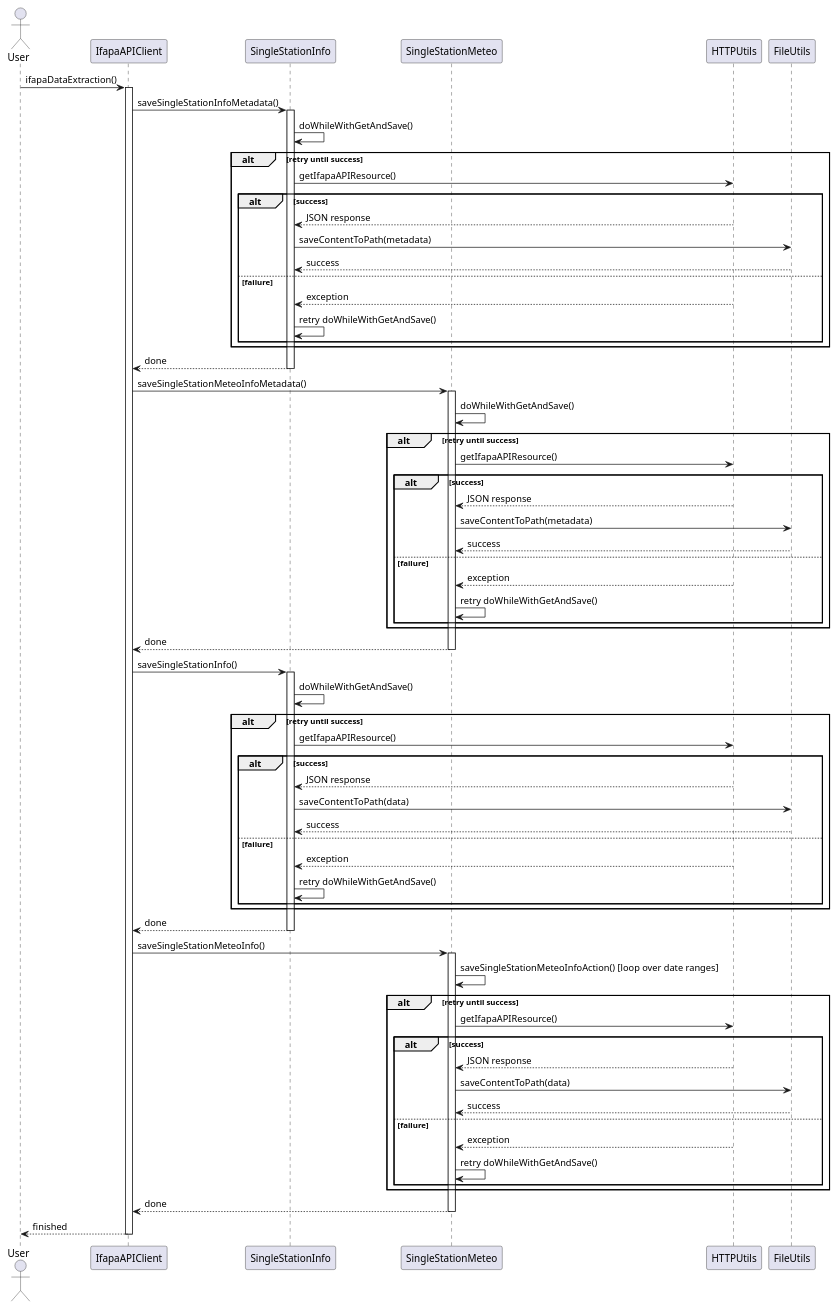
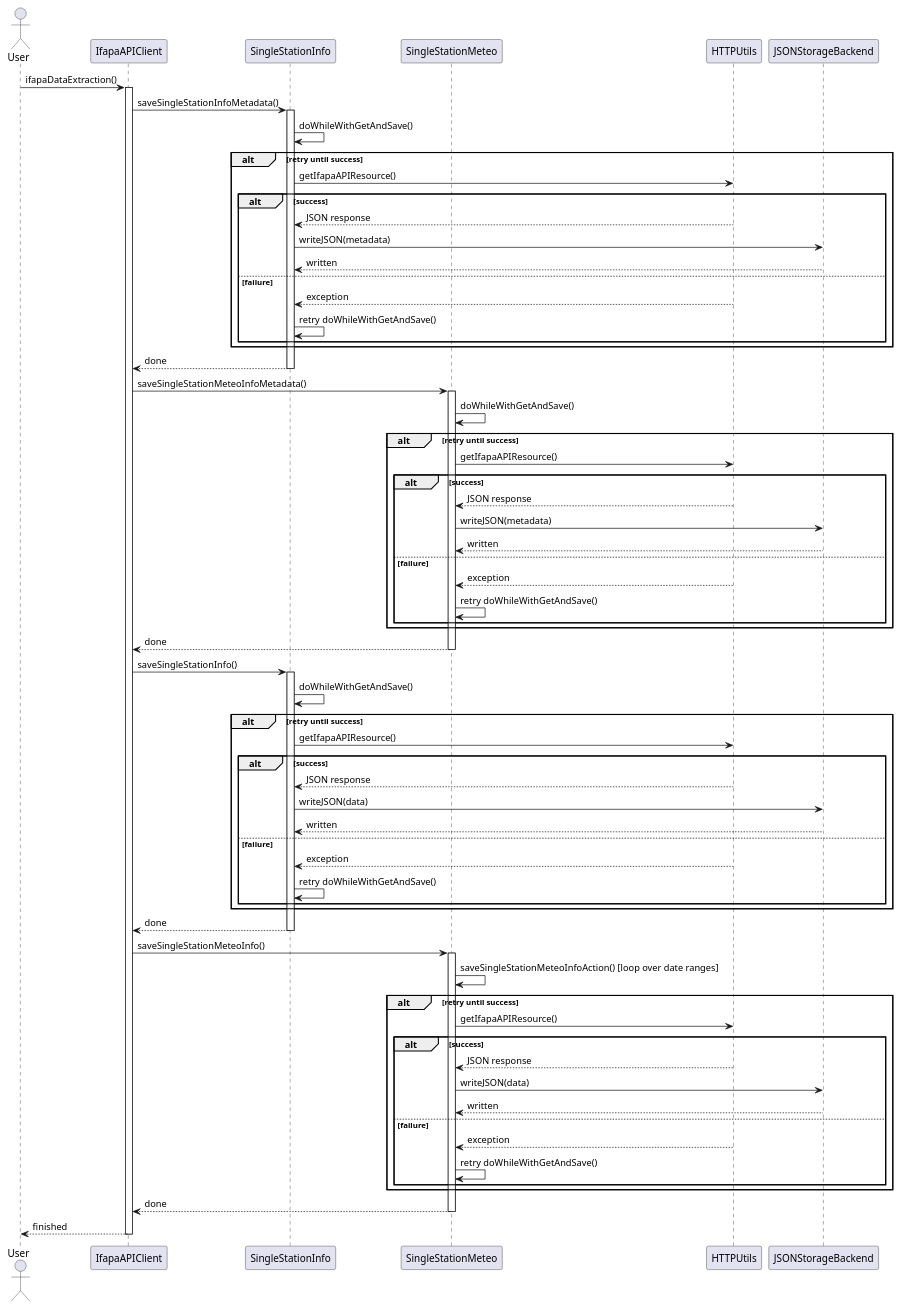
One commit to cfkr-dev/aemet_spark_study changed the diagram in big-data-core/documentation/plantuml/data_extraction/ifapa/data_extraction_execution.plantuml. Above: the diagram before and after it, drawn with PlantUML. The commit also changed 24 other files, not shown here.

Commit message:
Main projects diagrams refactor

```diff
--- a/big-data-core/documentation/plantuml/data_extraction/ifapa/data_extraction_execution.plantuml
+++ b/big-data-core/documentation/plantuml/data_extraction/ifapa/data_extraction_execution.plantuml
@@ -1,87 +1,87 @@
 @startuml
 actor User
 
 participant "IfapaAPIClient" as IFAPA_CLIENT
 participant "SingleStationInfo" as SINGLE_STATION_INFO
 participant "SingleStationMeteo" as SINGLE_STATION_METEO
 participant "HTTPUtils" as HTTP_UTILS
-participant "FileUtils" as FILE_UTILS
+participant "JSONStorageBackend" as JSON_STORAGE_BACKEND
 
 User -> IFAPA_CLIENT : ifapaDataExtraction()
 activate IFAPA_CLIENT
 
 '--- STATION METADATA ---
 IFAPA_CLIENT -> SINGLE_STATION_INFO : saveSingleStationInfoMetadata()
 activate SINGLE_STATION_INFO
 SINGLE_STATION_INFO -> SINGLE_STATION_INFO : doWhileWithGetAndSave()
 alt retry until success
     SINGLE_STATION_INFO -> HTTP_UTILS : getIfapaAPIResource()
     alt success
         HTTP_UTILS --> SINGLE_STATION_INFO : JSON response
-        SINGLE_STATION_INFO -> FILE_UTILS : saveContentToPath(metadata)
-        FILE_UTILS --> SINGLE_STATION_INFO : success
+        SINGLE_STATION_INFO -> JSON_STORAGE_BACKEND : writeJSON(metadata)
+        JSON_STORAGE_BACKEND --> SINGLE_STATION_INFO : written
     else failure
         HTTP_UTILS --> SINGLE_STATION_INFO : exception
         SINGLE_STATION_INFO -> SINGLE_STATION_INFO : retry doWhileWithGetAndSave()
     end
 end
 SINGLE_STATION_INFO --> IFAPA_CLIENT : done
 deactivate SINGLE_STATION_INFO
 
 '--- METEO METADATA ---
 IFAPA_CLIENT -> SINGLE_STATION_METEO : saveSingleStationMeteoInfoMetadata()
 activate SINGLE_STATION_METEO
 SINGLE_STATION_METEO -> SINGLE_STATION_METEO : doWhileWithGetAndSave()
 alt retry until success
     SINGLE_STATION_METEO -> HTTP_UTILS : getIfapaAPIResource()
     alt success
         HTTP_UTILS --> SINGLE_STATION_METEO : JSON response
-        SINGLE_STATION_METEO -> FILE_UTILS : saveContentToPath(metadata)
-        FILE_UTILS --> SINGLE_STATION_METEO : success
+        SINGLE_STATION_METEO -> JSON_STORAGE_BACKEND : writeJSON(metadata)
+        JSON_STORAGE_BACKEND --> SINGLE_STATION_METEO : written
     else failure
         HTTP_UTILS --> SINGLE_STATION_METEO : exception
         SINGLE_STATION_METEO -> SINGLE_STATION_METEO : retry doWhileWithGetAndSave()
     end
 end
 SINGLE_STATION_METEO --> IFAPA_CLIENT : done
 deactivate SINGLE_STATION_METEO
 
 '--- STATION DATA ---
 IFAPA_CLIENT -> SINGLE_STATION_INFO : saveSingleStationInfo()
 activate SINGLE_STATION_INFO
 SINGLE_STATION_INFO -> SINGLE_STATION_INFO : doWhileWithGetAndSave()
 alt retry until success
     SINGLE_STATION_INFO -> HTTP_UTILS : getIfapaAPIResource()
     alt success
         HTTP_UTILS --> SINGLE_STATION_INFO : JSON response
-        SINGLE_STATION_INFO -> FILE_UTILS : saveContentToPath(data)
-        FILE_UTILS --> SINGLE_STATION_INFO : success
+        SINGLE_STATION_INFO -> JSON_STORAGE_BACKEND : writeJSON(data)
+        JSON_STORAGE_BACKEND --> SINGLE_STATION_INFO : written
     else failure
         HTTP_UTILS --> SINGLE_STATION_INFO : exception
         SINGLE_STATION_INFO -> SINGLE_STATION_INFO : retry doWhileWithGetAndSave()
     end
 end
 SINGLE_STATION_INFO --> IFAPA_CLIENT : done
 deactivate SINGLE_STATION_INFO
 
 '--- METEO DATA ---
 IFAPA_CLIENT -> SINGLE_STATION_METEO : saveSingleStationMeteoInfo()
 activate SINGLE_STATION_METEO
 SINGLE_STATION_METEO -> SINGLE_STATION_METEO : saveSingleStationMeteoInfoAction() [loop over date ranges]
 alt retry until success
     SINGLE_STATION_METEO -> HTTP_UTILS : getIfapaAPIResource()
     alt success
         HTTP_UTILS --> SINGLE_STATION_METEO : JSON response
-        SINGLE_STATION_METEO -> FILE_UTILS : saveContentToPath(data)
-        FILE_UTILS --> SINGLE_STATION_METEO : success
+        SINGLE_STATION_METEO -> JSON_STORAGE_BACKEND : writeJSON(data)
+        JSON_STORAGE_BACKEND --> SINGLE_STATION_METEO : written
     else failure
         HTTP_UTILS --> SINGLE_STATION_METEO : exception
         SINGLE_STATION_METEO -> SINGLE_STATION_METEO : retry doWhileWithGetAndSave()
     end
 end
 SINGLE_STATION_METEO --> IFAPA_CLIENT : done
 deactivate SINGLE_STATION_METEO
 
 IFAPA_CLIENT --> User : finished
 deactivate IFAPA_CLIENT
 @enduml
```
